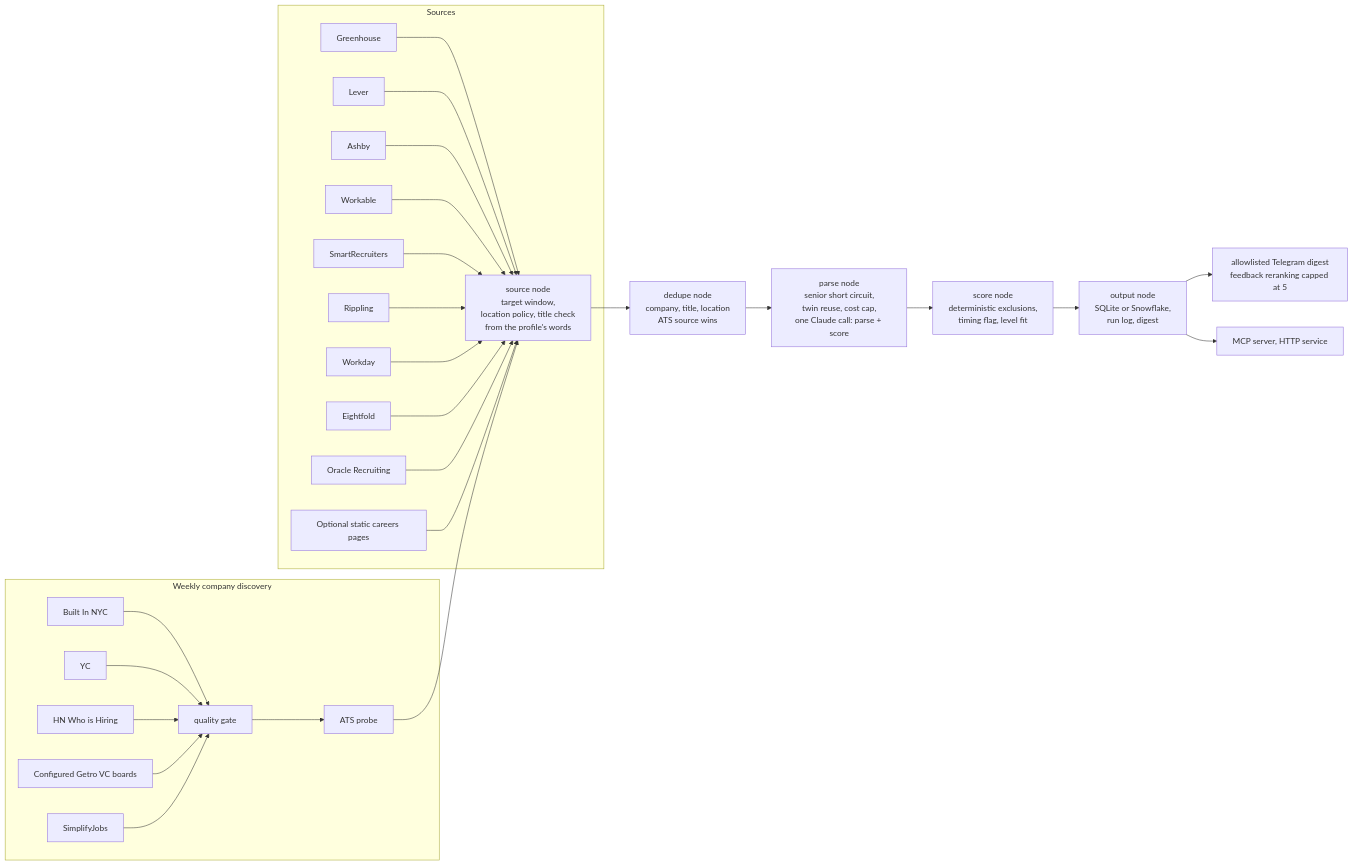
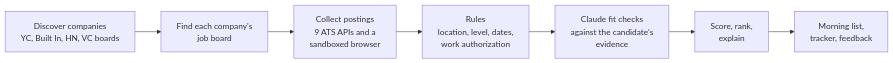
One commit to marinasofia/sourcer changed the diagram in README.md. Above: the diagram before and after it, drawn with Mermaid. The commit also changed other lines of this file and 5 other files, not shown here.

````diff
--- a/README.md
+++ b/README.md
@@ -46,30 +40,9 @@
 ```mermaid
 flowchart LR
-    subgraph Sources
-        GH[Greenhouse] --> S
-        LV[Lever] --> S
-        AS[Ashby] --> S
-        WK[Workable] --> S
-        SR[SmartRecruiters] --> S
-        RP[Rippling] --> S
-        WD[Workday] --> S
-        EF[Eightfold] --> S
-        OR[Oracle Recruiting] --> S
-        CP[Optional static careers pages] --> S
-    end
-    subgraph Weekly company discovery
-        BI[Built In NYC] --> Q
-        YC[YC] --> Q
-        HN[HN Who is Hiring] --> Q
-        VC[Configured Getro VC boards] --> Q
-        SJ[SimplifyJobs] --> Q
-        Q[quality gate] --> AP[ATS probe]
-    end
-    AP --> S
-    S[source node<br/>target window,<br/>location policy, title check<br/>from the profile's words] --> D[dedupe node<br/>company, title, location<br/>ATS source wins]
-    D --> P[parse node<br/>senior short circuit,<br/>twin reuse, cost cap,<br/>one Claude call: parse + score]
-    P --> SC[score node<br/>deterministic exclusions,<br/>timing flag, level fit]
-    SC --> O[output node<br/>SQLite or Snowflake,<br/>run log, digest]
-    O --> TG[allowlisted Telegram digest<br/>feedback reranking capped at 5]
-    O --> MCP[MCP server, HTTP service]
+    D[Discover companies<br/>YC, Built In, HN, VC boards] --> P[Find each company's<br/>job board]
+    P --> C[Collect postings<br/>9 ATS APIs and a<br/>sandboxed browser]
+    C --> R[Rules<br/>location, level, dates,<br/>work authorization]
+    R --> M[Claude fit checks<br/>against the candidate's<br/>evidence]
+    M --> S[Score, rank,<br/>explain]
+    S --> O[Morning list,<br/>tracker, feedback]
 ```
````
